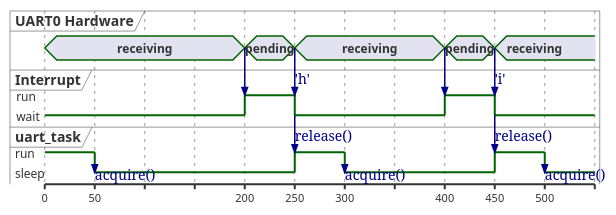
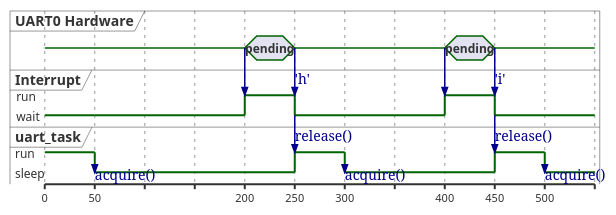
The fifth of 5 diagrams in README.md (cfogelklou/os-concepts-for-dummies), drawn with PlantUML before and after one commit. The commit also changed other lines of this file and 5 other files, not shown here.

````diff
--- a/README.md
+++ b/README.md
@@ -324,44 +428,44 @@
 ```plantuml
 @startuml
 concise "UART0 Hardware" as uart
 robust "Interrupt" as int
 robust "uart_task" as task
 int has run,wait
 task has run,sleep
 @0
-uart is receiving
+uart is {-}
 int is wait
 task is run
 @50
 task->task:acquire()
 int is wait
 task is sleep
 @200
 uart->int
 uart is pending
 int is run
 @250
-uart is receiving
+uart is {-}
 uart->int:'h'
 int->task:release()
 int is wait
 task is run
 @300
 task is sleep
 task->task:acquire()
 @400
 uart->int
 uart is pending
 int is run
 @450
-uart is receiving
+uart is {-}
 uart->int:'i'
 int->task:release()
 int is wait
 task is run
 @500
 task is sleep
 task->task:acquire()
 
 @enduml
 ```
````
